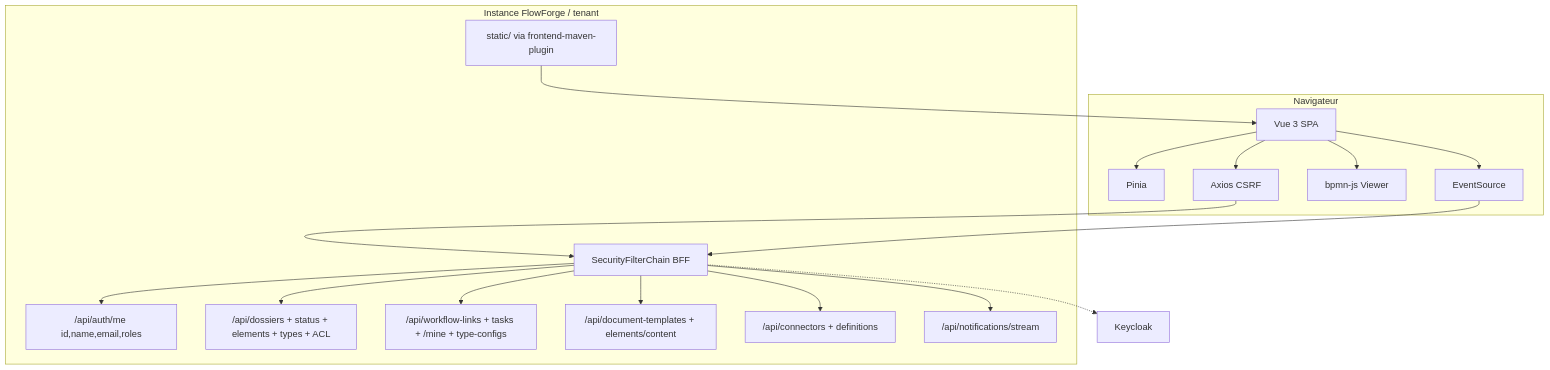
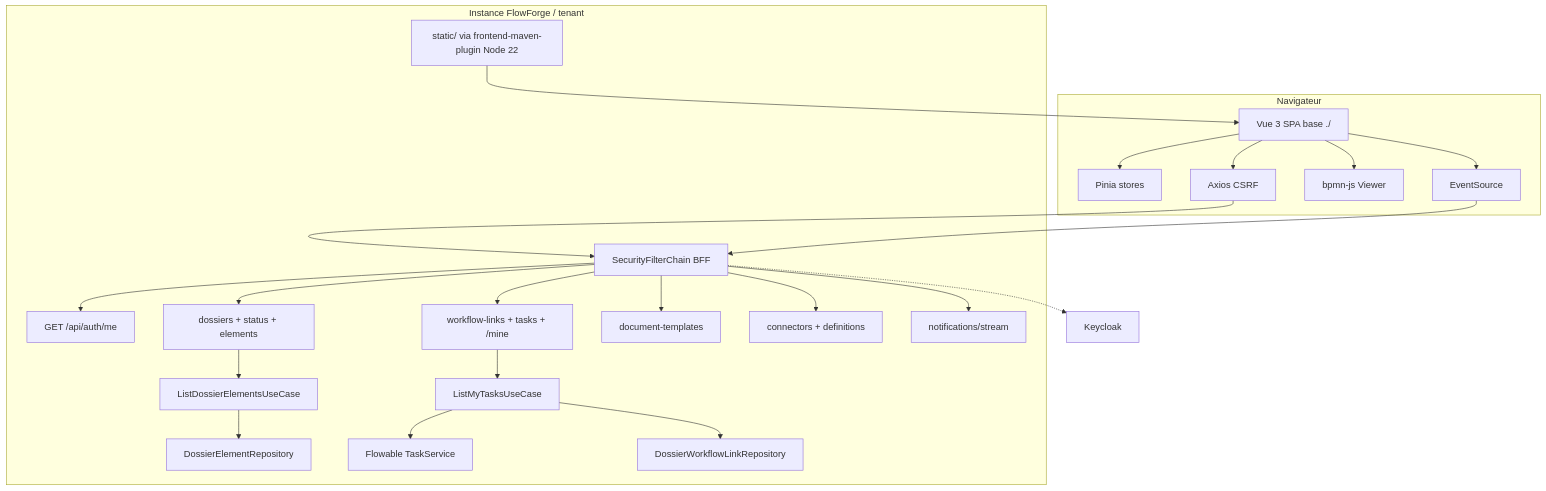
Before and after one commit to superjojo79/Myrmacta: the first of 2 diagrams in docs/ai/design/2026-07-31-feature-frontend.md, drawn with Mermaid. The commit also changed other lines of this file and 4 other files, not shown here.

````diff
--- a/docs/ai/design/2026-07-31-feature-frontend.md
+++ b/docs/ai/design/2026-07-31-feature-frontend.md
@@ -26,32 +28,46 @@
 ```mermaid
 flowchart TB
   subgraph browser["Navigateur"]
-    SPA[Vue 3 SPA]
-    PINIA[Pinia]
+    SPA[Vue 3 SPA base ./]
+    PINIA[Pinia stores]
     AX[Axios CSRF]
     BPMN[bpmn-js Viewer]
     SSE[EventSource]
     SPA --> PINIA
     SPA --> AX
     SPA --> BPMN
     SPA --> SSE
   end
 
   subgraph boot["Instance FlowForge / tenant"]
-    STATIC[static/ via frontend-maven-plugin]
+    STATIC[static/ via frontend-maven-plugin Node 22]
     SEC[SecurityFilterChain BFF]
-    AUTH["/api/auth/me id,name,email,roles"]
-    DOS["/api/dossiers + status + elements + types + ACL"]
-    WF["/api/workflow-links + tasks + /mine + type-configs"]
-    DOC["/api/document-templates + elements/content"]
-    CON["/api/connectors + definitions"]
-    NOTIF["/api/notifications/stream"]
+    AUTH["GET /api/auth/me"]
+    DOS["dossiers + status + elements"]
+    WF["workflow-links + tasks + /mine"]
+    DOC[document-templates]
+    CON[connectors + definitions]
+    NOTIF[notifications/stream]
+    UC_INBOX[ListMyTasksUseCase]
+    UC_EL[ListDossierElementsUseCase]
+    FLOW[Flowable TaskService]
+    ELREPO[DossierElementRepository]
+    LINKREPO[DossierWorkflowLinkRepository]
+
     STATIC --> SPA
     AX --> SEC
     SSE --> SEC
-    SEC --> AUTH & DOS & WF & DOC & CON & NOTIF
+    SEC --> AUTH
+    SEC --> DOS
+    SEC --> WF
+    SEC --> DOC
+    SEC --> CON
+    SEC --> NOTIF
+    WF --> UC_INBOX --> FLOW
+    UC_INBOX --> LINKREPO
+    DOS --> UC_EL --> ELREPO
   end
 
   IDP[Keycloak]
   SEC -.-> IDP
 ```
````
